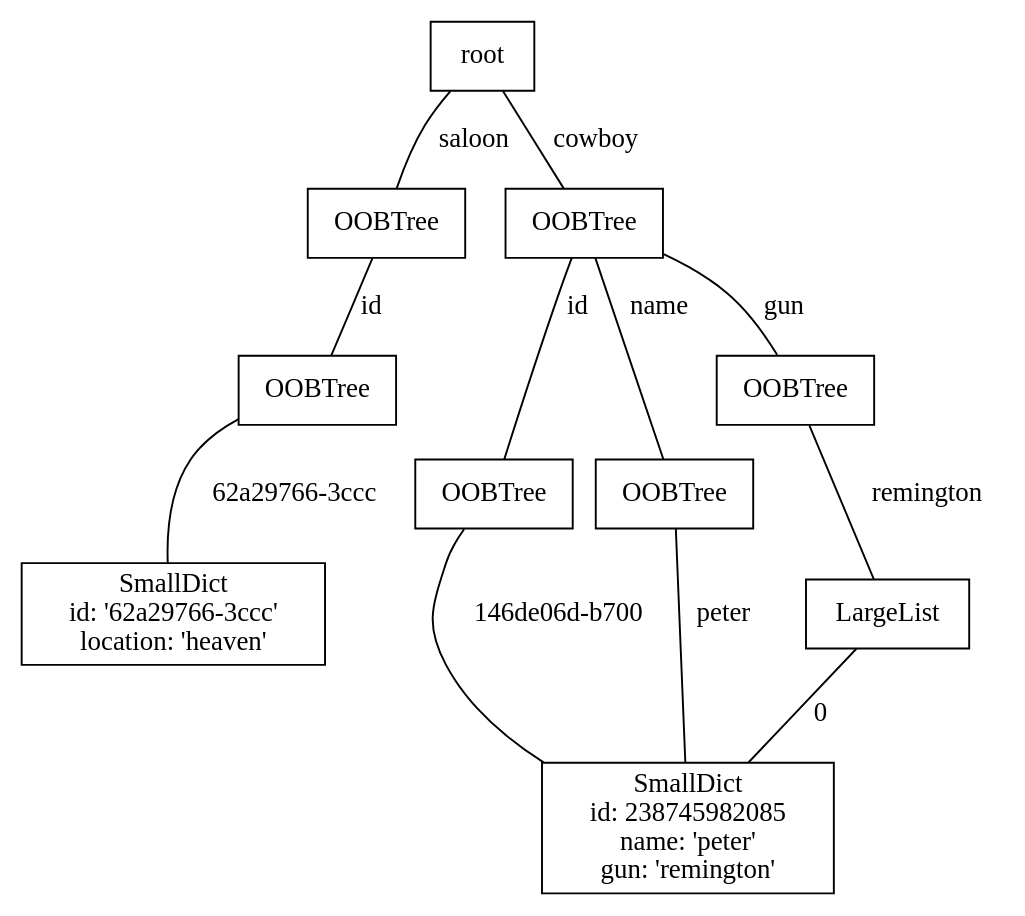
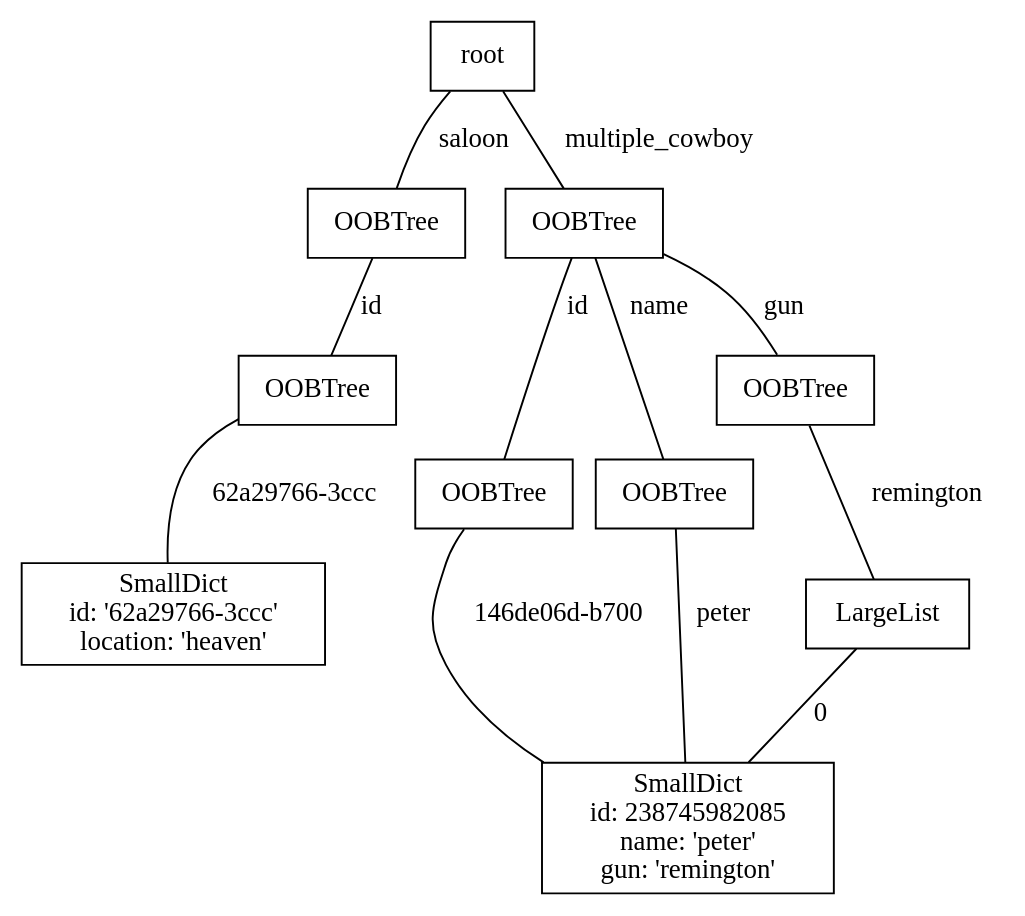
The third of 5 diagrams in doc/source/tutorial/databasetree.rst (yaal-coop/sheraf), drawn with Graphviz before and after one commit. The commit also changed other lines of this file, not shown here.

Commit message:
fix table names in graphs

```diff
--- a/doc/source/tutorial/databasetree.rst
+++ b/doc/source/tutorial/databasetree.rst
@@ -143,49 +143,49 @@
 .. graphviz::
    :align: center
 
     digraph cowboy {
         node [
             shape="box"
         ];
         edge [
             arrowhead="none"
         ];
 
         "root" [label="root"];
         "table_saloon" [label="OOBTree"];
         "table_cowboy" [label="OOBTree"];
         "root" -> "table_saloon" [label=" saloon"];
-        "root" -> "table_cowboy" [label=" cowboy"];
+        "root" -> "table_cowboy" [label=" multiple_cowboy"];
 
         subgraph cowboy {
             "cowboy_index_id" [label="OOBTree"];
             "cowboy_index_name" [label="OOBTree"];
             "cowboy_index_gun" [label="OOBTree"];
 
             "cowboy_index_gun_list" [label="LargeList"];
 
             "table_cowboy" -> "cowboy_index_id" [label=" id"];
             "table_cowboy" -> "cowboy_index_name" [label=" name"];
             "table_cowboy" -> "cowboy_index_gun" [label=" gun"];
 
             "persistent_peter" [label="SmallDict
     id: 238745982085
     name: 'peter'
     gun: 'remington'"];
 
             "cowboy_index_id" -> "persistent_peter" [label=" 146de06d-b700"];
             "cowboy_index_name" -> "persistent_peter" [label=" peter"];
             "cowboy_index_gun" -> "cowboy_index_gun_list" [label=" remington"];
             "cowboy_index_gun_list" -> "persistent_peter" [label=" 0"];
         }
 
         subgraph saloon {
             "saloon_index_id" [label="OOBTree"];
             "saloonmapping" [label="SmallDict
     id: '62a29766-3ccc'
     location: 'heaven'"];
 
             "table_saloon" -> "saloon_index_id" [label="id"];
             "saloon_index_id" -> "saloonmapping" [label="62a29766-3ccc"];
          }
      }
```
